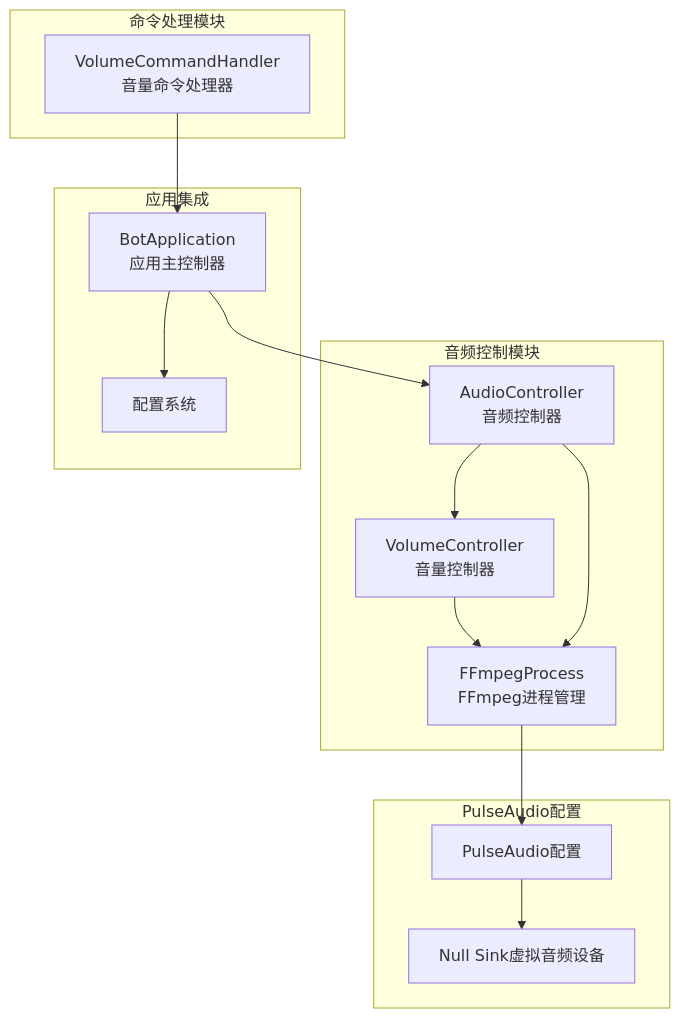
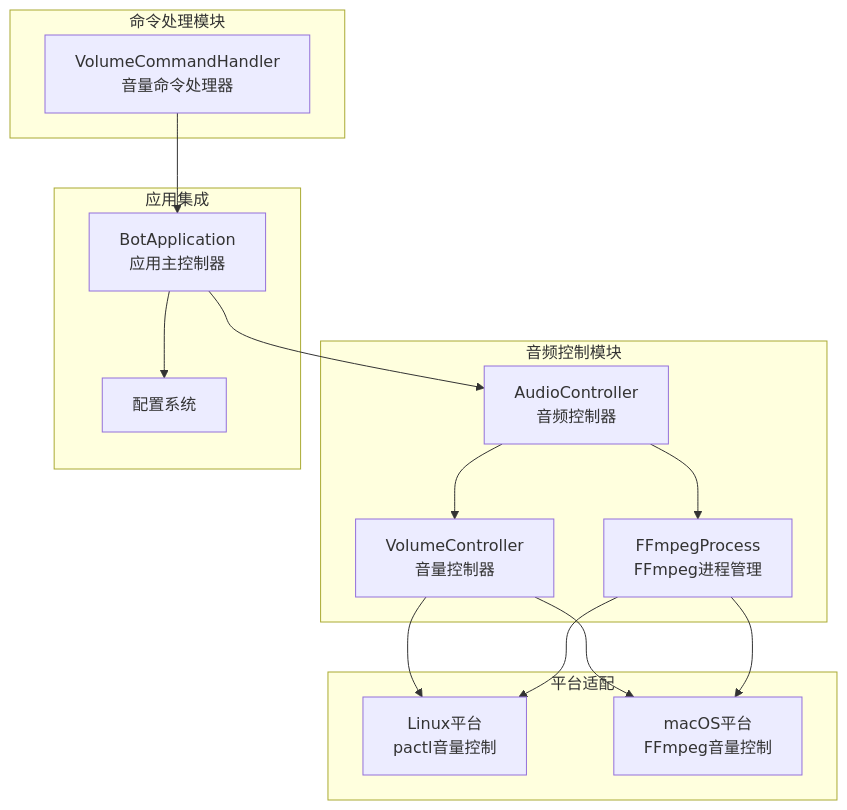
The first of 7 diagrams in .qoder/repowiki/zh/content/音乐播放系统/音量控制系统.md (GhoulOwl/Teamspeak3_Bot), drawn with Mermaid before and after one commit. The commit also changed other lines of this file and 7 other files, not shown here.

````diff
--- a/.qoder/repowiki/zh/content/音乐播放系统/音量控制系统.md
+++ b/.qoder/repowiki/zh/content/音乐播放系统/音量控制系统.md
@@ -35,27 +45,28 @@
 ```mermaid
 graph TB
 subgraph "音频控制模块"
 VC[VolumeController<br/>音量控制器]
 AC[AudioController<br/>音频控制器]
 FP[FFmpegProcess<br/>FFmpeg进程管理]
 end
 subgraph "命令处理模块"
 VCH[VolumeCommandHandler<br/>音量命令处理器]
 end
 subgraph "应用集成"
 APP[BotApplication<br/>应用主控制器]
 CFG[配置系统]
 end
-subgraph "PulseAudio配置"
-PA[PulseAudio配置]
-NS[Null Sink虚拟音频设备]
+subgraph "平台适配"
+LINUX[Linux平台<br/>pactl音量控制]
+MACOS[macOS平台<br/>FFmpeg音量控制]
 end
-VC --> FP
+VC --> LINUX
+VC --> MACOS
 AC --> VC
 AC --> FP
 VCH --> APP
 APP --> AC
 APP --> CFG
-FP --> PA
-PA --> NS
+FP --> LINUX
+FP --> MACOS
 ```
````
